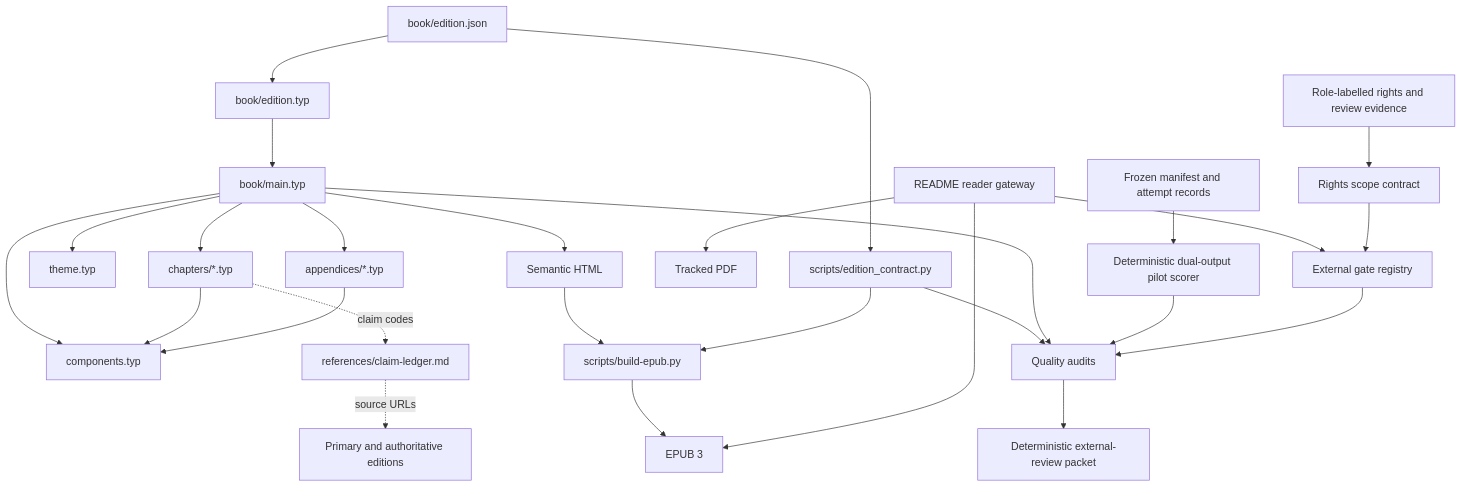
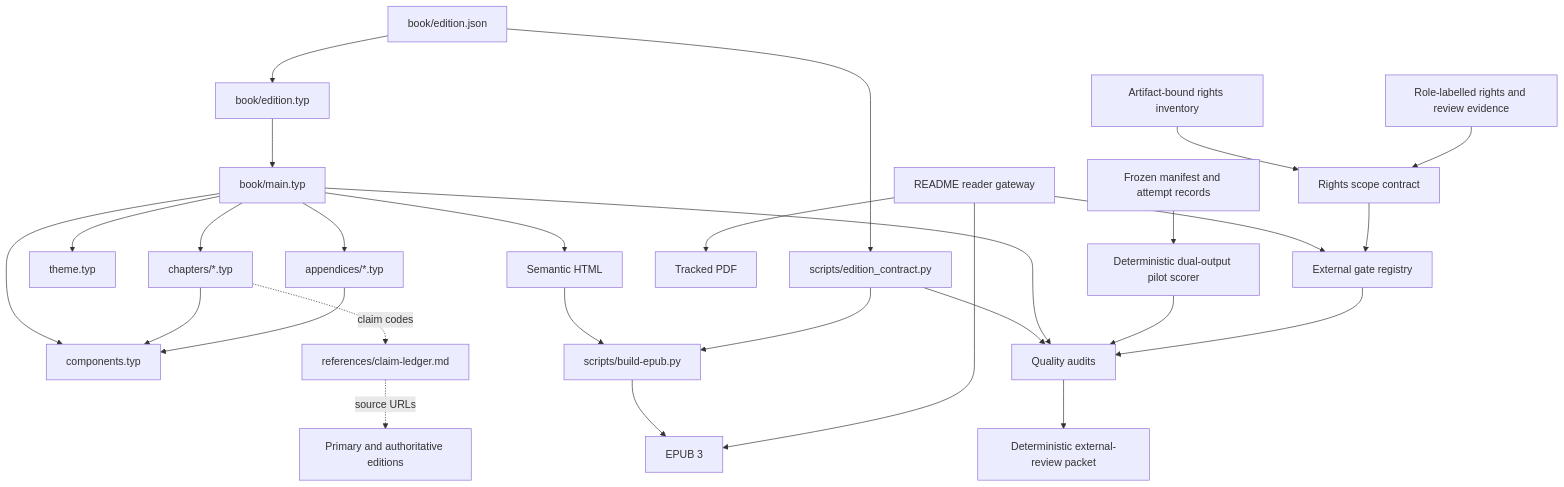
The second of 5 diagrams in AGENTS.md (streamentry/streamentry), drawn with Mermaid before and after one commit. The commit also changed other lines of this file and 12 other files, not shown here.

Commit message:
Bind rights inventory to release artifacts

````diff
--- a/AGENTS.md
+++ b/AGENTS.md
@@ -120,29 +121,30 @@
 ```mermaid
 flowchart TB
   D["book/edition.json"] --> Y["book/edition.typ"]
   D --> Z["scripts/edition_contract.py"]
   Y --> M["book/main.typ"]
   M["book/main.typ"] --> T["theme.typ"]
   M --> C["components.typ"]
   M --> H["chapters/*.typ"]
   M --> A["appendices/*.typ"]
   M --> E["Semantic HTML"]
   E --> P["scripts/build-epub.py"]
   Z --> P
   Z --> Q
   P --> U["EPUB 3"]
   R0["README reader gateway"] --> U
   R0 --> V["Tracked PDF"]
   R0 --> X
   M --> Q["Quality audits"]
   N["Frozen manifest and attempt records"] --> G["Deterministic dual-output pilot scorer"]
   G --> Q
   X["External gate registry"] --> Q
-  R["Role-labelled rights and review evidence"] --> RC["Rights scope contract"]
+  RI["Artifact-bound rights inventory"] --> RC["Rights scope contract"]
+  R["Role-labelled rights and review evidence"] --> RC
   RC --> X
   Q --> W["Deterministic external-review packet"]
   H --> C
   A --> C
   H -. "claim codes" .-> L["references/claim-ledger.md"]
   L -. "source URLs" .-> S["Primary and authoritative editions"]
 ```
````
